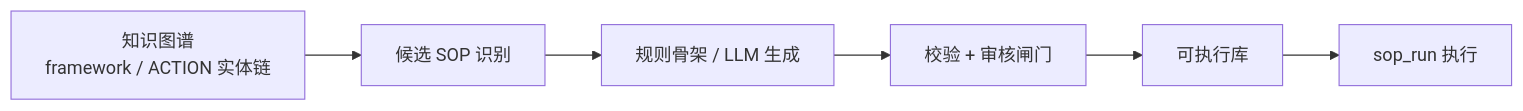
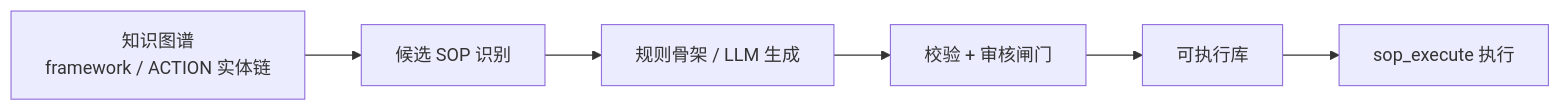
One commit to 0mao0/AnGIneer changed the second of 3 diagrams in README.md. Above: the diagram before and after it, drawn with Mermaid. The commit also changed other lines of this file and 3 other files, not shown here.

First line of the commit message:
docs(sop): SOP 解耦后文档同步——README（sop_execute 正名/sop-api 独立服务/domain pack、端口 8792、Roadmap v0.3）、tech-report（§4.3 服务边界新节、§1 架构图与边界表加 sop-api、§4.2 能力行、§5 OfficeQA 与答案收尾协议、§7/§9/§10/§11 端口与环境变量同步）、architecture-map（sop-api 模块+端口+代理分流+变更清单）、.env.example 领域包注释错位修正；版本基线注明含 10-11/12 未发版改动

````diff
--- a/README.md
+++ b/README.md
@@ -90,8 +90,8 @@
 ```mermaid
 flowchart LR
     GRAPH["知识图谱<br/>framework / ACTION 实体链"] --> CAND["候选 SOP 识别"]
     CAND --> GEN["规则骨架 / LLM 生成"]
     GEN --> VAL["校验 + 审核闸门"]
     VAL --> LIB["可执行库"]
-    LIB --> RUN["sop_run 执行"]
+    LIB --> RUN["sop_execute 执行"]
 ```
````
